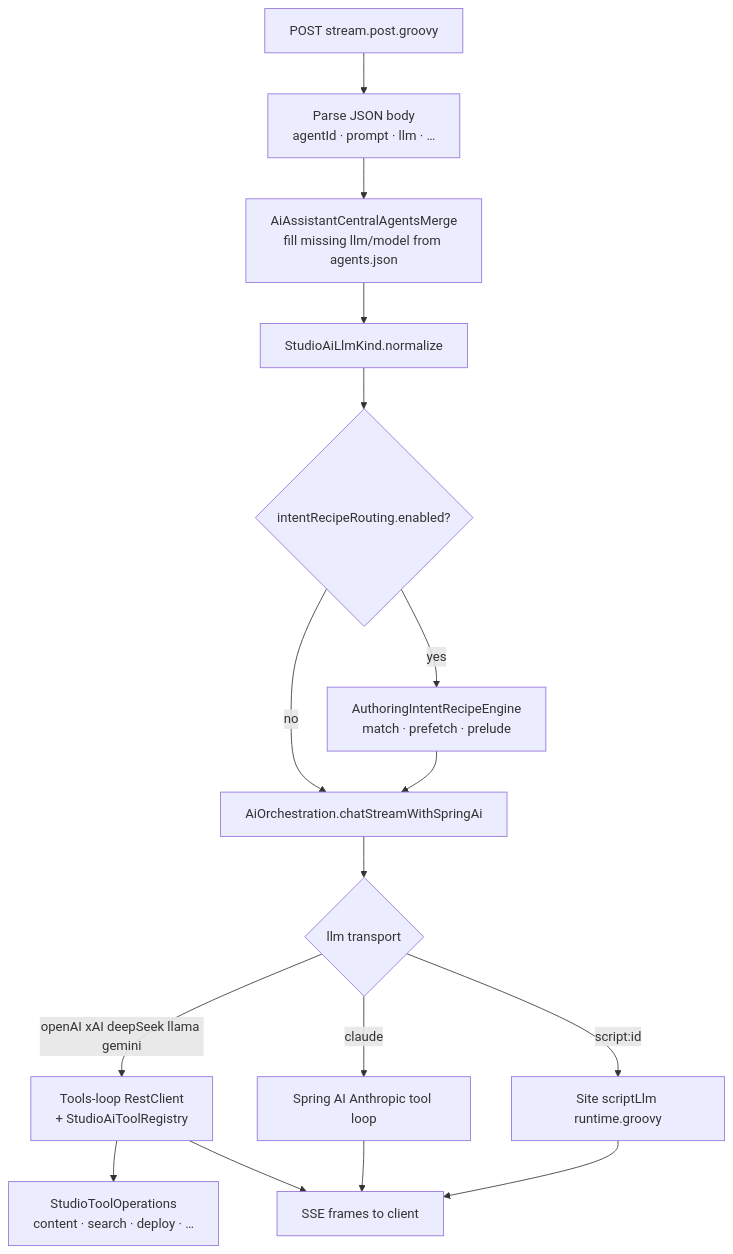
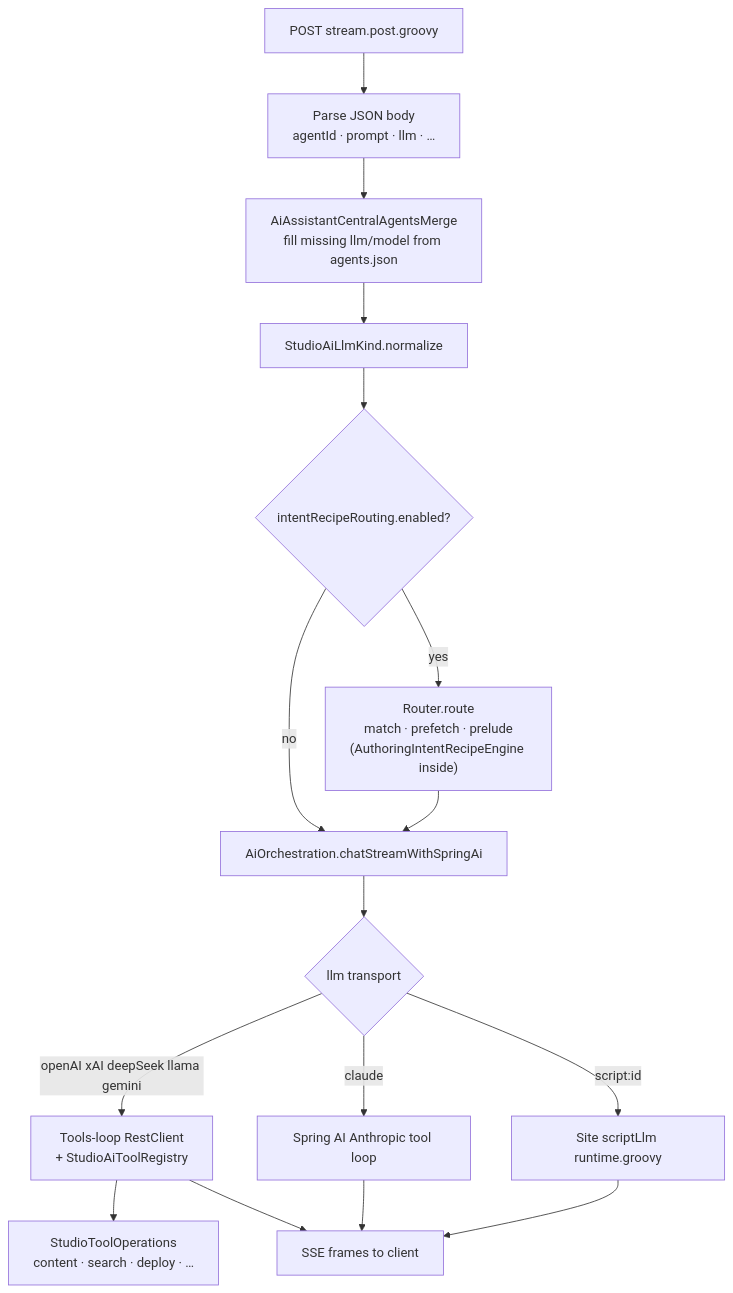
The eighth of 13 diagrams in docs/architecture-diagrams.md (craftercms/ai-assistant-plugin), drawn with Mermaid before and after one commit. The commit also changed other lines of this file and 1 other file, not shown here.

First line of the commit message:
Fix architecture diagrams and spec paths to match runtime layout.

````diff
--- a/docs/architecture-diagrams.md
+++ b/docs/architecture-diagrams.md
@@ -324,18 +324,18 @@
 ```mermaid
 flowchart TD
   POST["POST stream.post.groovy"] --> Body["Parse JSON body\nagentId · prompt · llm · …"]
   Body --> Merge["AiAssistantCentralAgentsMerge\nfill missing llm/model from agents.json"]
   Merge --> Norm["StudioAiLlmKind.normalize"]
   Norm --> IR{intentRecipeRouting.enabled?}
-  IR -->|yes| Prelude["AuthoringIntentRecipeEngine\nmatch · prefetch · prelude"]
+  IR -->|yes| Prelude["Router.route\nmatch · prefetch · prelude\n(AuthoringIntentRecipeEngine inside)"]
   IR -->|no| Orch
   Prelude --> Orch["AiOrchestration.chatStreamWithSpringAi"]
   Orch --> Branch{llm transport}
   Branch -->|openAI xAI deepSeek llama gemini| Loop["Tools-loop RestClient\n+ StudioAiToolRegistry"]
   Branch -->|claude| Anthropic["Spring AI Anthropic tool loop"]
   Branch -->|script:id| Script["Site scriptLlm runtime.groovy"]
   Loop --> Tools["StudioToolOperations\ncontent · search · deploy · …"]
   Loop --> SSE["SSE frames to client"]
   Anthropic --> SSE
   Script --> SSE
 ```
````
